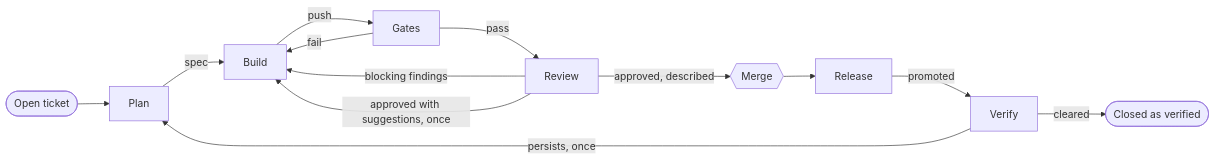
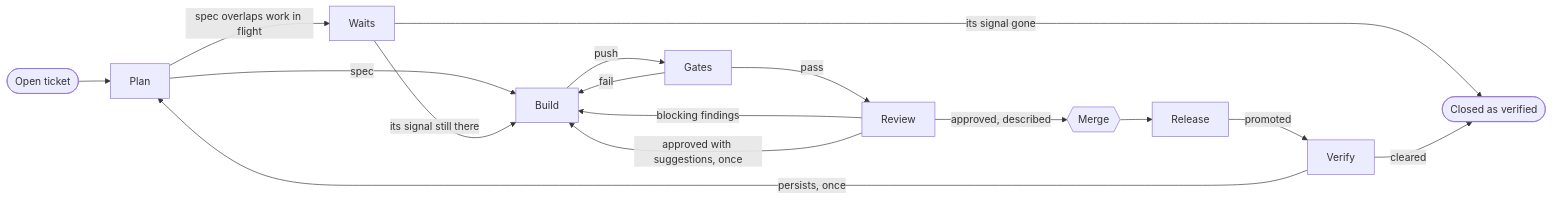
One commit to mrogan/cv-software-factory changed the first of 2 diagrams in docs/COMPONENTS/ORCHESTRATOR.md. Above: the diagram before and after it, drawn with Mermaid. The commit also changed other lines of this file and 52 other files, not shown here.

````diff
--- a/docs/COMPONENTS/ORCHESTRATOR.md
+++ b/docs/COMPONENTS/ORCHESTRATOR.md
@@ -28,15 +28,18 @@
 ```mermaid
 flowchart LR
   ticket([Open ticket]) --> plan[Plan]
   plan -- spec --> build[Build]
+  plan -- spec overlaps work in flight --> waits[Waits]
+  waits -- its signal still there --> build
+  waits -- its signal gone --> closed
   build -- push --> gates[Gates]
   gates -- fail --> build
   gates -- pass --> review[Review]
   review -- blocking findings --> build
   review -- approved with suggestions, once --> build
   review -- approved, described --> merge{{Merge}}
   merge --> release[Release]
   release -- promoted --> verify[Verify]
   verify -- cleared --> closed([Closed as verified])
   verify -- persists, once --> plan
 ```
````
